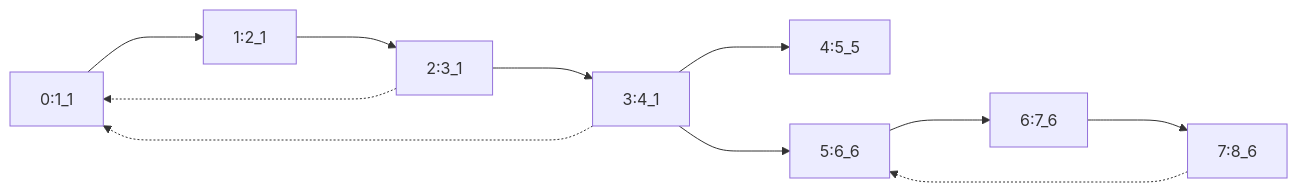
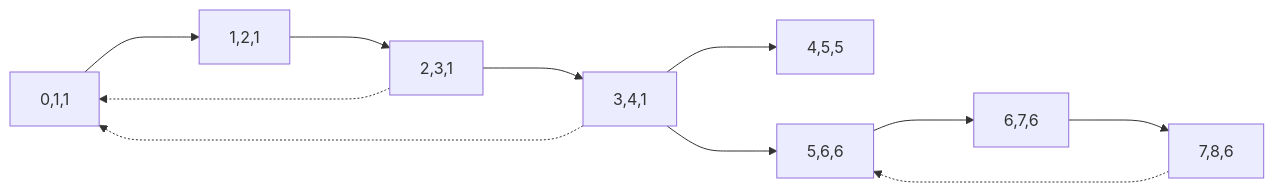
Before and after one commit to xtf0214/CPP: diagram 17 of 24 in OI-ACM/Graph/graph.md, drawn with Mermaid. The commit also changed other lines of this file, not shown here.

Commit message:
图论可视化

````diff
--- a/OI-ACM/Graph/graph.md
+++ b/OI-ACM/Graph/graph.md
@@ -201,21 +211,21 @@
 ```mermaid
 flowchart LR
-0[0:1_1]
-1[1:2_1]
-2[2:3_1]
-3[3:4_1]
-4[4:5_5]
-5[5:6_6]
-6[6:7_6]
-7[7:8_6]
+0["0,1,1"]
+1["1,2,1"]
+2["2,3,1"]
+3["3,4,1"]
+4["4,5,5"]
+5["5,6,6"]
+6["6,7,6"]
+7["7,8,6"]
 0--->1
 1--->2
 2--->3
 3--->4
 3--->5
 5--->6
 6--->7
 7-.->5
 2-.->0
 3-.->0
 ```
````
